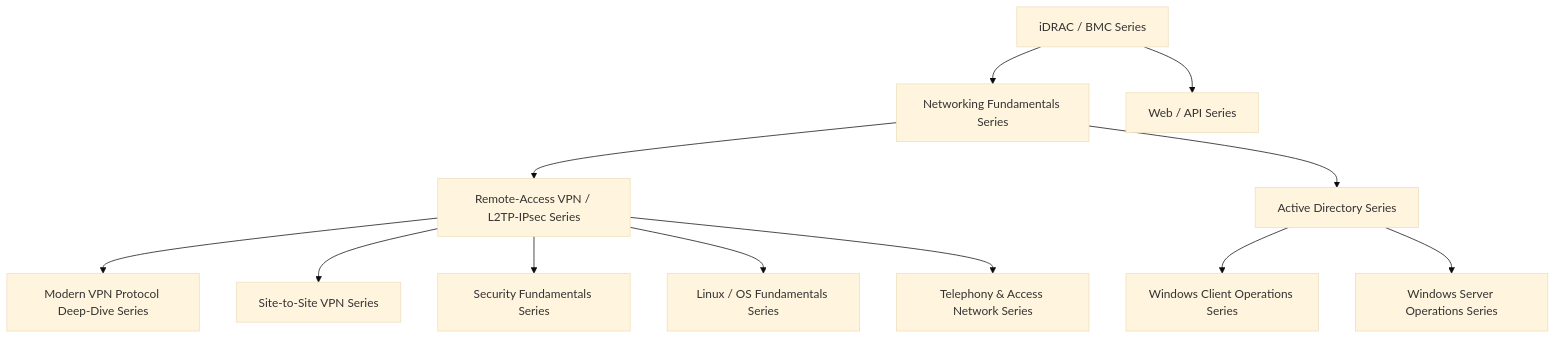
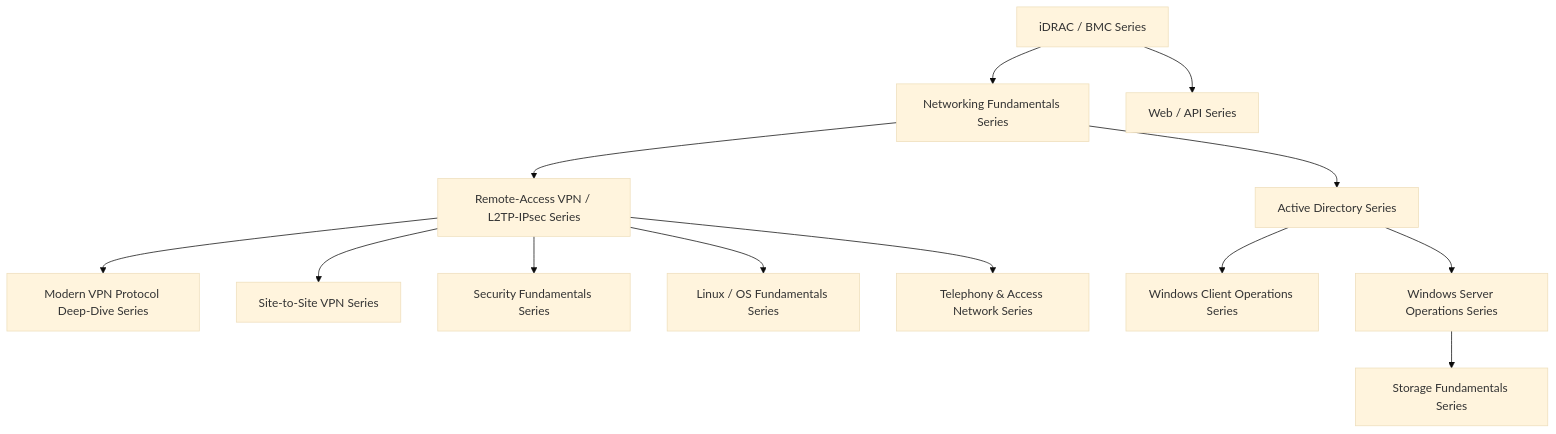
One commit to koikoi1998/koikoi-blog-20260723 changed the diagram in src/pages/en/sitemap.md. Above: the diagram before and after it, drawn with Mermaid (base theme). The commit also changed other lines of this file and 7 other files, not shown here.

````diff
--- a/src/pages/en/sitemap.md
+++ b/src/pages/en/sitemap.md
@@ -22,27 +22,29 @@
 ```mermaid
 graph TB
     Idrac["iDRAC / BMC Series"]
     Network["Networking Fundamentals Series"]
     Vpn["Remote-Access VPN / L2TP-IPsec Series"]
     ModernVpn["Modern VPN Protocol Deep-Dive Series"]
     SiteToSite["Site-to-Site VPN Series"]
     Security["Security Fundamentals Series"]
     Linux["Linux / OS Fundamentals Series"]
     Telephony["Telephony & Access Network Series"]
     Api["Web / API Series"]
     ActiveDirectory["Active Directory Series"]
     WindowsClient["Windows Client Operations Series"]
     WindowsServer["Windows Server Operations Series"]
+    Storage["Storage Fundamentals Series"]
 
     Idrac --> Network
     Idrac --> Api
     Network --> Vpn
     Vpn --> ModernVpn
     Vpn --> SiteToSite
     Vpn --> Security
     Vpn --> Linux
     Vpn --> Telephony
     Network --> ActiveDirectory
     ActiveDirectory --> WindowsClient
     ActiveDirectory --> WindowsServer
+    WindowsServer --> Storage
 ```
````
